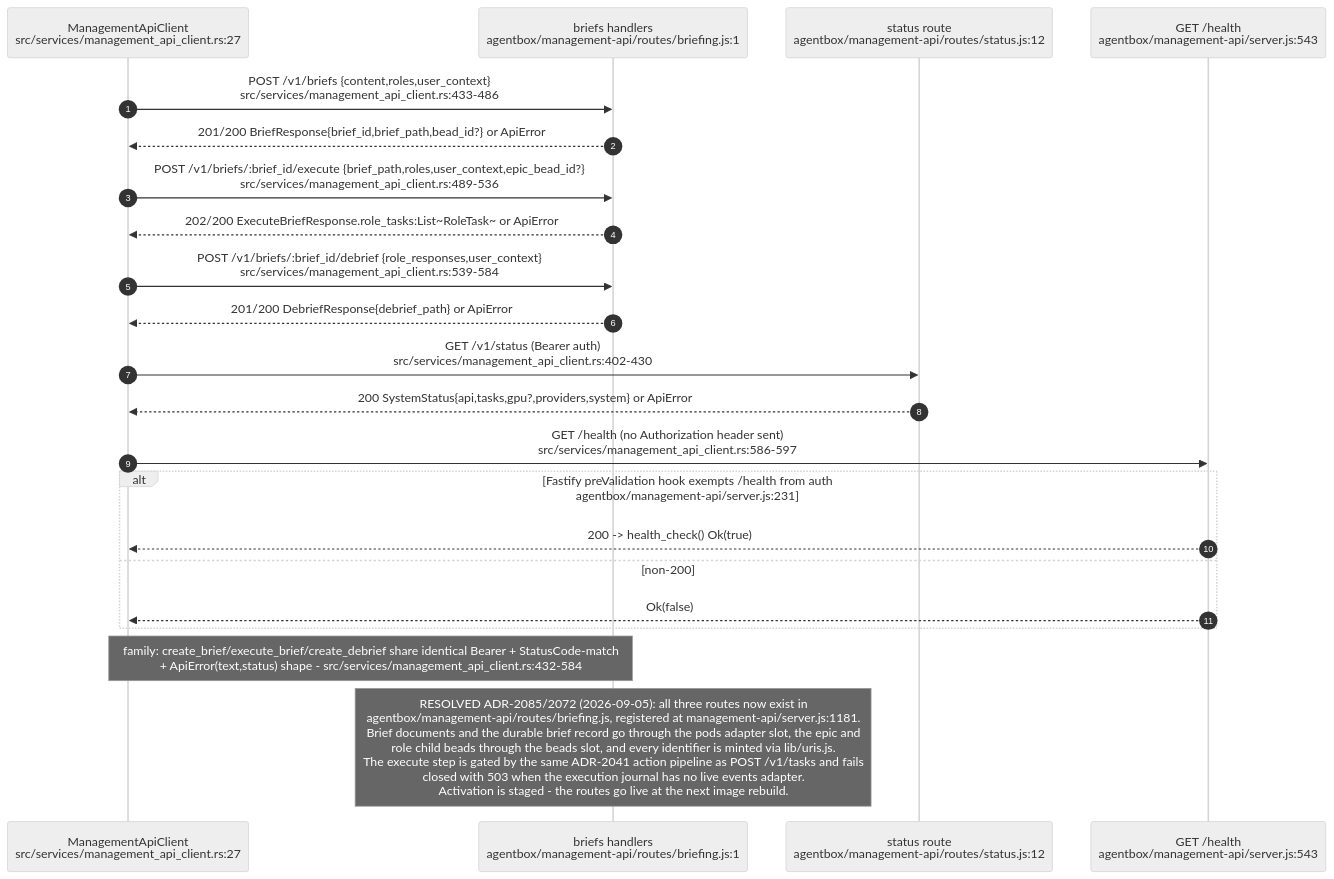
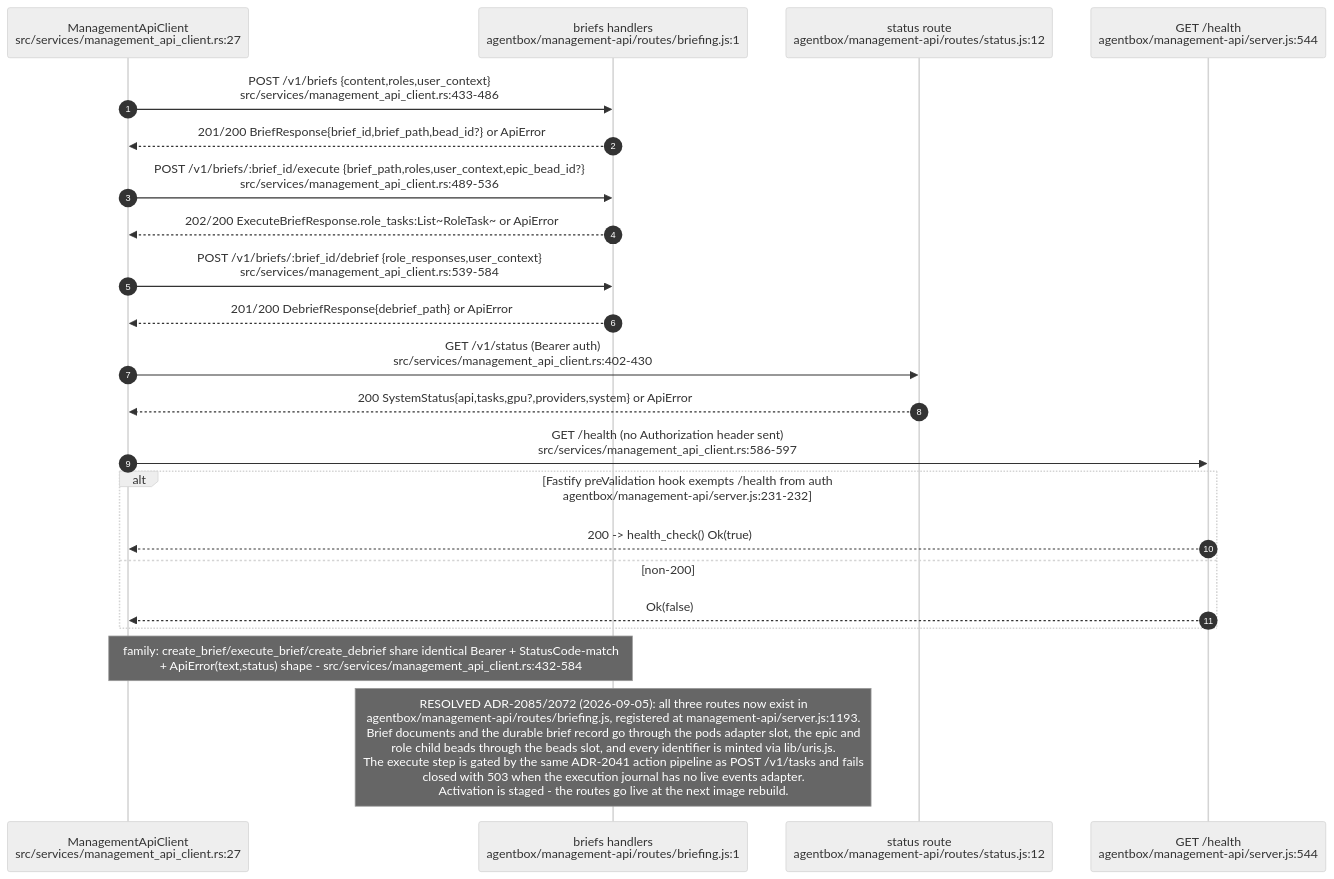
Diagram 11 of 12 in docs/diagrams/estate/02-agent-events-agentbox-to-visionclaw.md (DreamLab-AI/VisionFlow), drawn with Mermaid (neutral theme) before and after one commit. The commit also changed other lines of this file and 12 other files, not shown here.

````diff
--- a/docs/diagrams/estate/02-agent-events-agentbox-to-visionclaw.md
+++ b/docs/diagrams/estate/02-agent-events-agentbox-to-visionclaw.md
@@ -463,25 +466,25 @@
 ```mermaid
 sequenceDiagram
     autonumber
     participant VC as ManagementApiClient<br/>src/services/management_api_client.rs:27
     participant BRF as briefs handlers<br/>agentbox/management-api/routes/briefing.js:1
     participant STA as status route<br/>agentbox/management-api/routes/status.js:12
-    participant HLT as GET /health<br/>agentbox/management-api/server.js:543
+    participant HLT as GET /health<br/>agentbox/management-api/server.js:544
 
     VC->>BRF: POST /v1/briefs {content,roles,user_context}<br/>src/services/management_api_client.rs:433-486
     BRF-->>VC: 201/200 BriefResponse{brief_id,brief_path,bead_id?} or ApiError
     VC->>BRF: POST /v1/briefs/:brief_id/execute {brief_path,roles,user_context,epic_bead_id?}<br/>src/services/management_api_client.rs:489-536
     BRF-->>VC: 202/200 ExecuteBriefResponse.role_tasks:List~RoleTask~ or ApiError
     VC->>BRF: POST /v1/briefs/:brief_id/debrief {role_responses,user_context}<br/>src/services/management_api_client.rs:539-584
     BRF-->>VC: 201/200 DebriefResponse{debrief_path} or ApiError
     VC->>STA: GET /v1/status (Bearer auth)<br/>src/services/management_api_client.rs:402-430
     STA-->>VC: 200 SystemStatus{api,tasks,gpu?,providers,system} or ApiError
     VC->>HLT: GET /health (no Authorization header sent)<br/>src/services/management_api_client.rs:586-597
-    alt Fastify preValidation hook exempts /health from auth<br/>agentbox/management-api/server.js:231
+    alt Fastify preValidation hook exempts /health from auth<br/>agentbox/management-api/server.js:231-232
         HLT-->>VC: 200 -> health_check() Ok(true)
     else non-200
         HLT-->>VC: Ok(false)
     end
     Note over VC,BRF: family: create_brief/execute_brief/create_debrief share identical Bearer + StatusCode-match<br/>+ ApiError(text,status) shape - src/services/management_api_client.rs:432-584
-    Note over BRF: RESOLVED ADR-2085/2072 (2026-09-05): all three routes now exist in<br/>agentbox/management-api/routes/briefing.js, registered at management-api/server.js:1181.<br/>Brief documents and the durable brief record go through the pods adapter slot, the epic and<br/>role child beads through the beads slot, and every identifier is minted via lib/uris.js.<br/>The execute step is gated by the same ADR-2041 action pipeline as POST /v1/tasks and fails<br/>closed with 503 when the execution journal has no live events adapter.<br/>Activation is staged - the routes go live at the next image rebuild.
+    Note over BRF: RESOLVED ADR-2085/2072 (2026-09-05): all three routes now exist in<br/>agentbox/management-api/routes/briefing.js, registered at management-api/server.js:1193.<br/>Brief documents and the durable brief record go through the pods adapter slot, the epic and<br/>role child beads through the beads slot, and every identifier is minted via lib/uris.js.<br/>The execute step is gated by the same ADR-2041 action pipeline as POST /v1/tasks and fails<br/>closed with 503 when the execution journal has no live events adapter.<br/>Activation is staged - the routes go live at the next image rebuild.
 ```
````
